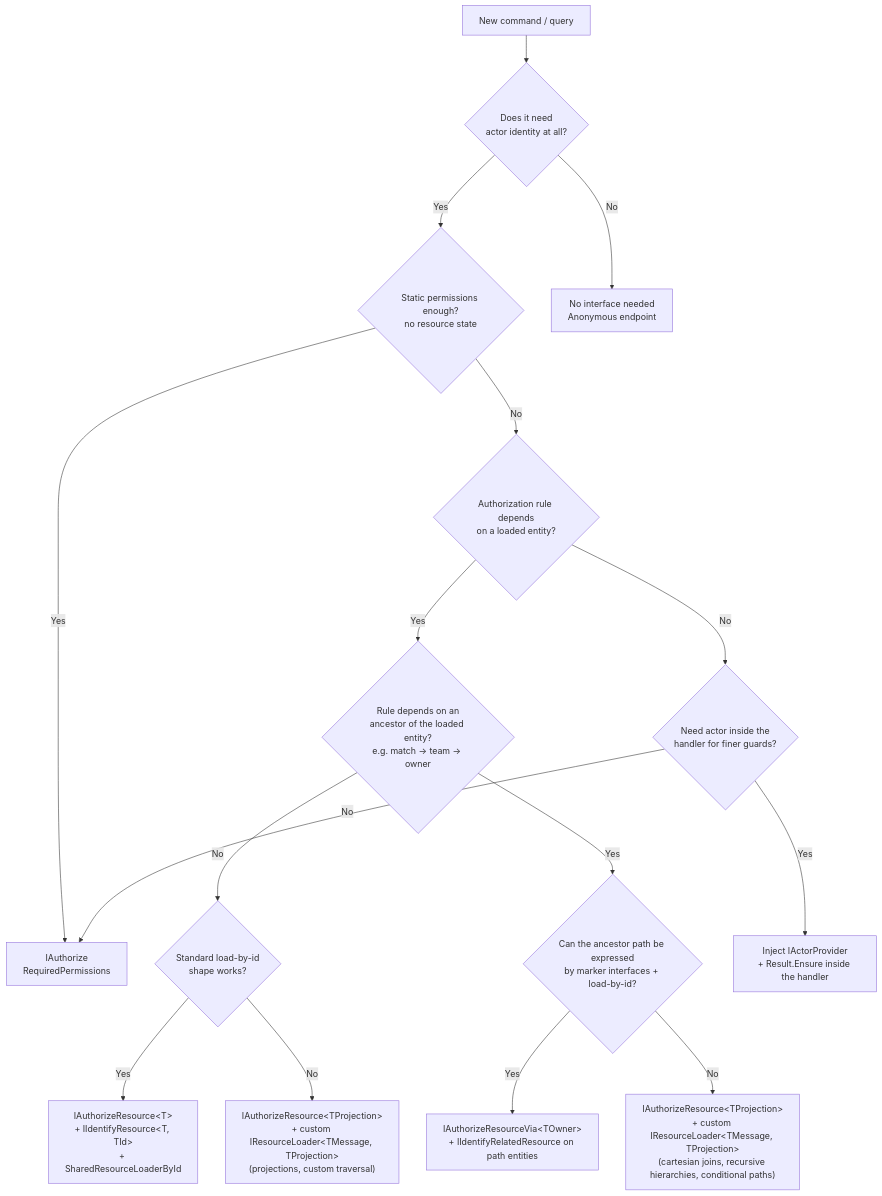
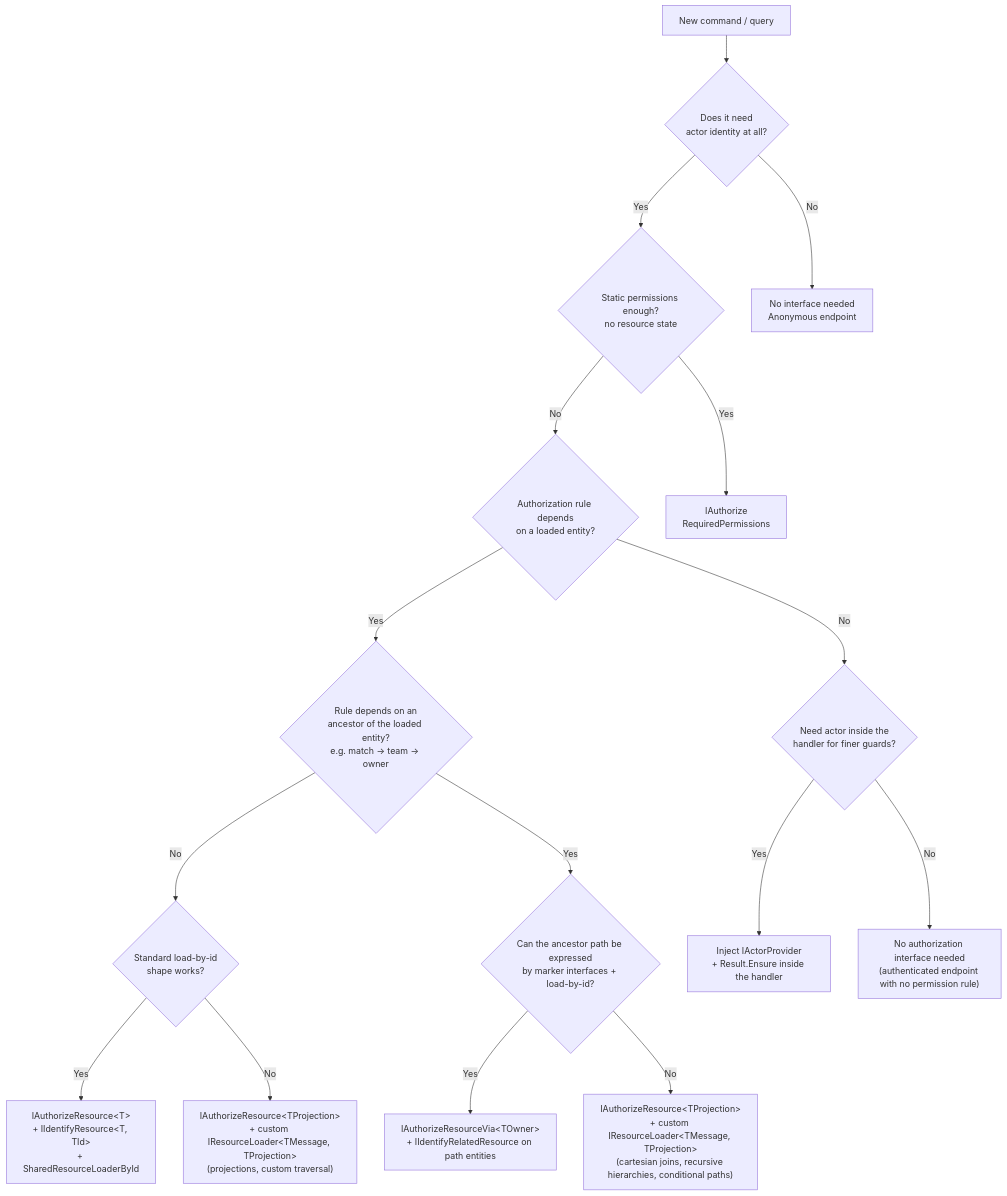
The second of 7 diagrams in docs/docfx_project/articles/integration-asp-authorization.md (xavierjohn/FunctionalDDD), drawn with Mermaid before and after one commit. The commit also changed other lines of this file, not shown here.

````diff
--- a/docs/docfx_project/articles/integration-asp-authorization.md
+++ b/docs/docfx_project/articles/integration-asp-authorization.md
@@ -74,25 +74,25 @@
 ```mermaid
 flowchart TD
     Start[New command / query]
     Q1{"Does it need<br/>actor identity at all?"}
     Q2{"Static permissions enough?<br/>no resource state"}
     Q3{"Authorization rule depends<br/>on a loaded entity?"}
     Q4{"Rule depends on an<br/>ancestor of the loaded entity?<br/>e.g. match -> team -> owner"}
     Q5{"Need actor inside the<br/>handler for finer guards?"}
 
     Start --> Q1
     Q1 -- No --> NoActor["No interface needed<br/>Anonymous endpoint"]
     Q1 -- Yes --> Q2
     Q2 -- Yes --> IAuth["IAuthorize<br/>RequiredPermissions"]
     Q2 -- No --> Q3
     Q3 -- Yes --> Q4
     Q4 -- No --> Q3b{"Standard load-by-id<br/>shape works?"}
     Q3b -- Yes --> IAuthRes["IAuthorizeResource&lt;T&gt;<br/>+ IIdentifyResource&lt;T, TId&gt;<br/>+ SharedResourceLoaderById"]
     Q3b -- No --> IAuthResCustom["IAuthorizeResource&lt;TProjection&gt;<br/>+ custom IResourceLoader&lt;TMessage, TProjection&gt;<br/>(projections, custom traversal)"]
     Q4 -- Yes --> Q4b{"Can the ancestor path be expressed<br/>by marker interfaces + load-by-id?"}
     Q4b -- Yes --> IAuthVia["IAuthorizeResourceVia&lt;TOwner&gt;<br/>+ IIdentifyRelatedResource on path entities"]
     Q4b -- No --> IAuthResProj["IAuthorizeResource&lt;TProjection&gt;<br/>+ custom IResourceLoader&lt;TMessage, TProjection&gt;<br/>(cartesian joins, recursive hierarchies, conditional paths)"]
     Q3 -- No --> Q5
     Q5 -- Yes --> InHandler["Inject IActorProvider<br/>+ Result.Ensure inside the handler"]
-    Q5 -- No --> IAuth
+    Q5 -- No --> NoInterface["No authorization interface needed<br/>(authenticated endpoint with no permission rule)"]
 ```
````
